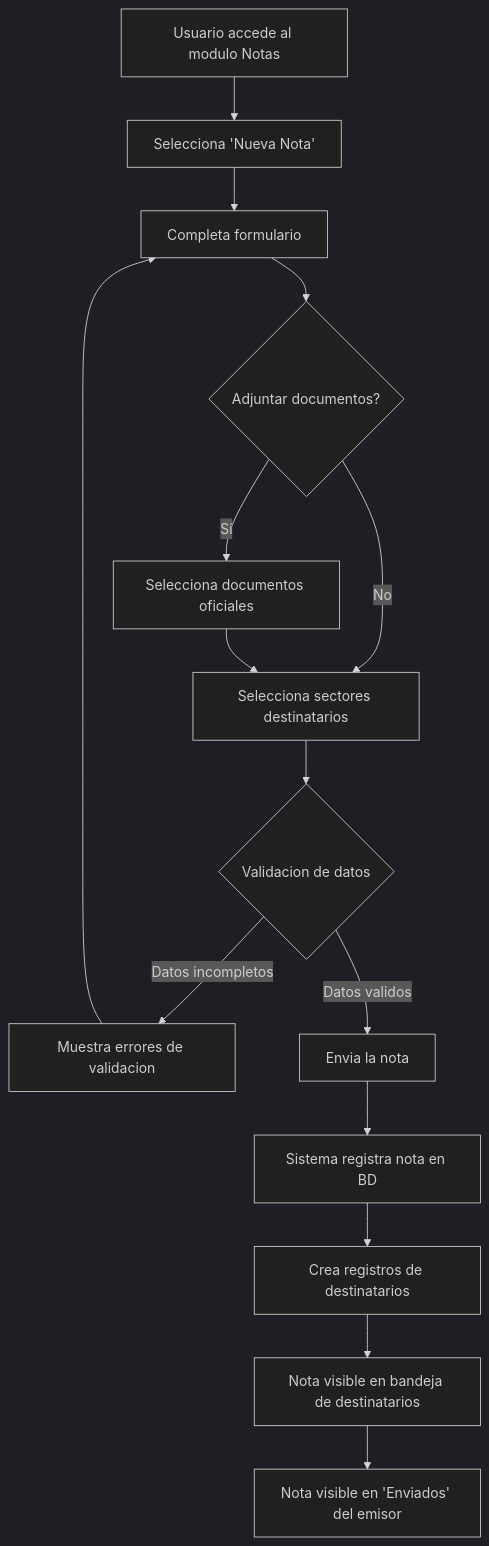
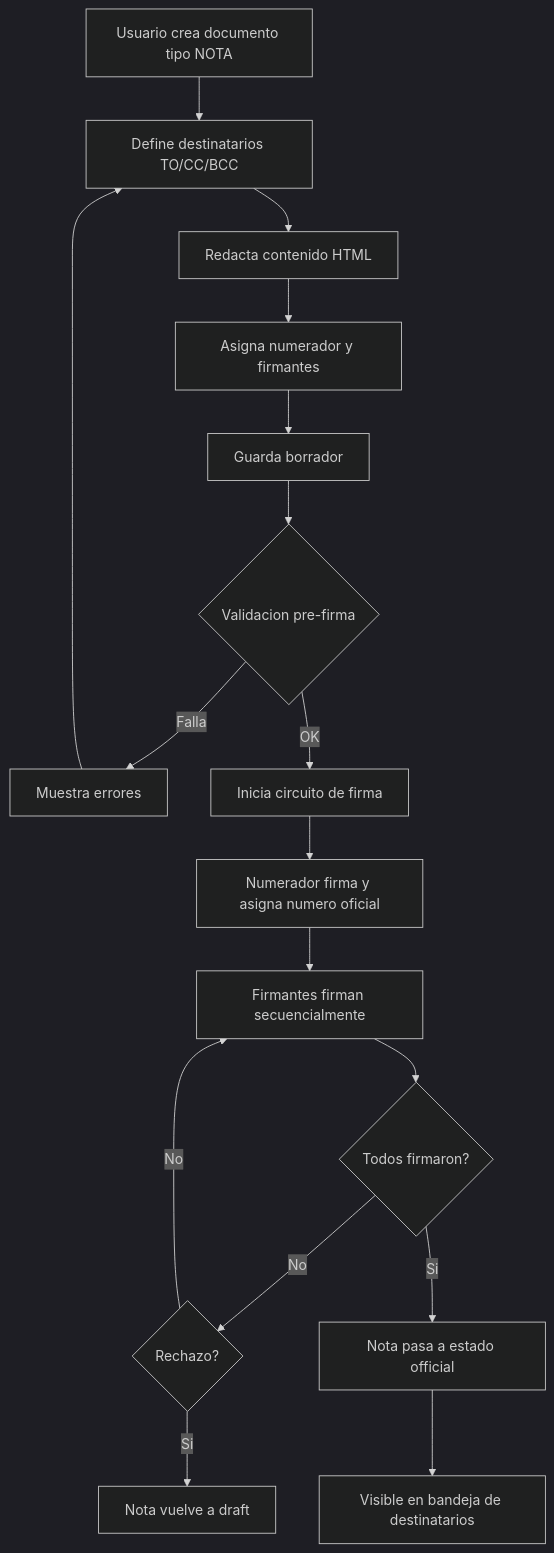
The first of 3 diagrams in docs/notas/flujo-notas.md (GestionDocumentalInteligente/Docs-Site), drawn with Mermaid (dark theme) before and after one commit. The commit also changed other lines of this file and 4 other files, not shown here.

First line of the commit message:
fix(docs): corregir seccion Notas como documentos oficiales con firma

````diff
--- a/docs/notas/flujo-notas.md
+++ b/docs/notas/flujo-notas.md
@@ -7,17 +7,19 @@
 ```mermaid
 flowchart TD
-    A[Usuario accede al modulo Notas] --> B[Selecciona 'Nueva Nota']
-    B --> C[Completa formulario]
-    C --> D{Adjuntar documentos?}
-    D -->|Si| E[Selecciona documentos oficiales]
-    D -->|No| F[Selecciona sectores destinatarios]
-    E --> F
-    F --> G{Validacion de datos}
-    G -->|Datos incompletos| H[Muestra errores de validacion]
-    H --> C
-    G -->|Datos validos| I[Envia la nota]
-    I --> J[Sistema registra nota en BD]
-    J --> K[Crea registros de destinatarios]
-    K --> L[Nota visible en bandeja de destinatarios]
-    L --> M[Nota visible en 'Enviados' del emisor]
+    A[Usuario crea documento tipo NOTA] --> B[Define destinatarios TO/CC/BCC]
+    B --> C[Redacta contenido HTML]
+    C --> D[Asigna numerador y firmantes]
+    D --> E[Guarda borrador]
+    E --> F{Validacion pre-firma}
+    F -->|Falla| G[Muestra errores]
+    G --> B
+    F -->|OK| H[Inicia circuito de firma]
+    H --> I[Numerador firma y asigna numero oficial]
+    I --> J[Firmantes firman secuencialmente]
+    J --> K{Todos firmaron?}
+    K -->|No| L{Rechazo?}
+    L -->|Si| M[Nota vuelve a draft]
+    L -->|No| J
+    K -->|Si| N[Nota pasa a estado official]
+    N --> O[Visible en bandeja de destinatarios]
 ```
````
